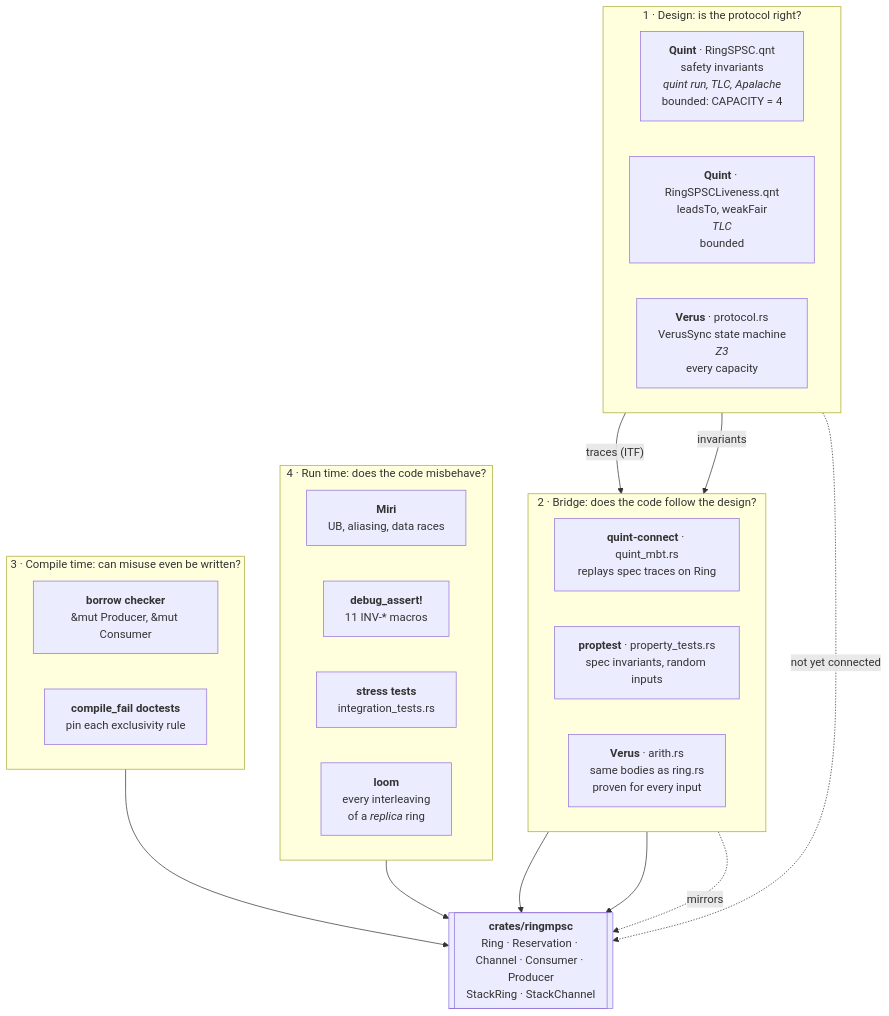
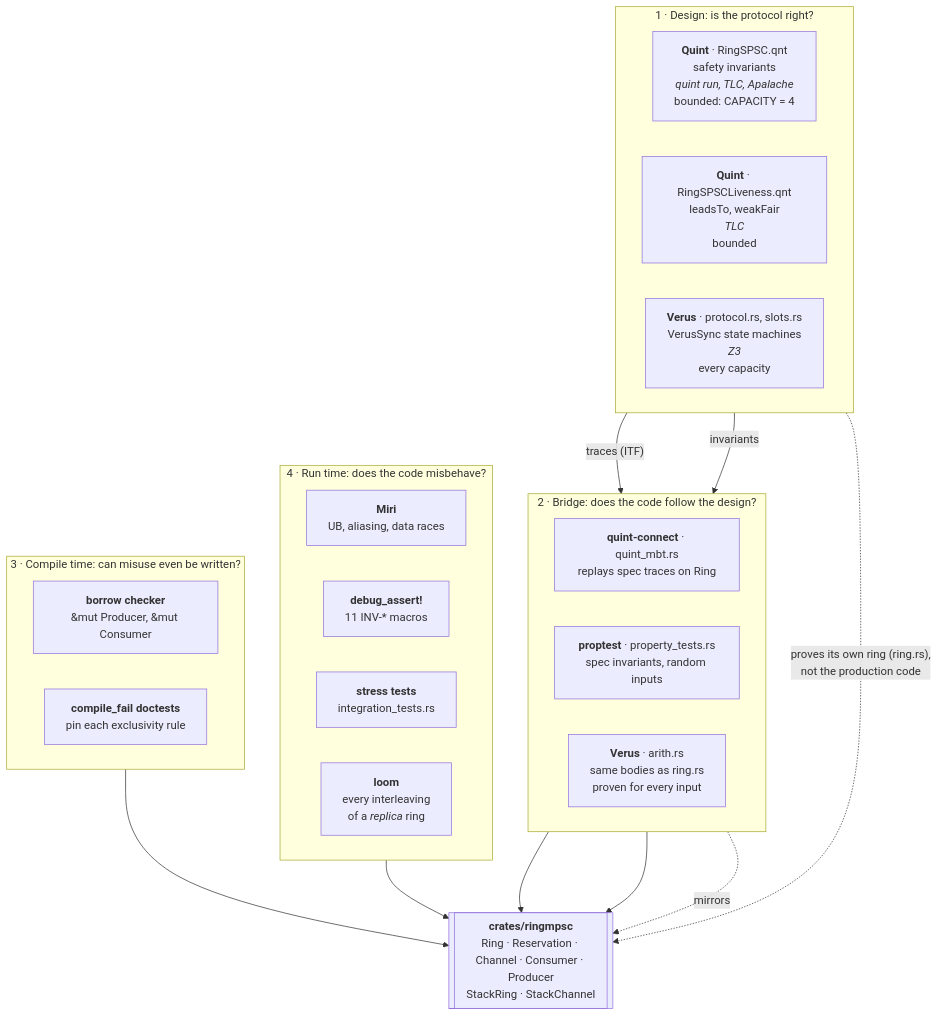
One commit to debasishg/ringmpsc-rs changed the first of 2 diagrams in docs/VERIFICATION_ARCHITECTURE.md. Above: the diagram before and after it, drawn with Mermaid. The commit also changed other lines of this file and 7 other files, not shown here.

````diff
--- a/docs/VERIFICATION_ARCHITECTURE.md
+++ b/docs/VERIFICATION_ARCHITECTURE.md
@@ -9,41 +9,41 @@
 ```mermaid
 flowchart TB
     subgraph DESIGN["1 · Design: is the protocol right?"]
         direction LR
         QS["<b>Quint</b> · RingSPSC.qnt<br/>safety invariants<br/><i>quint run, TLC, Apalache</i><br/>bounded: CAPACITY = 4"]
         QL["<b>Quint</b> · RingSPSCLiveness.qnt<br/>leadsTo, weakFair<br/><i>TLC</i><br/>bounded"]
-        VP["<b>Verus</b> · protocol.rs<br/>VerusSync state machine<br/><i>Z3</i><br/>every capacity"]
+        VP["<b>Verus</b> · protocol.rs, slots.rs<br/>VerusSync state machines<br/><i>Z3</i><br/>every capacity"]
     end
 
     subgraph BRIDGE["2 · Bridge: does the code follow the design?"]
         direction LR
         MBT["<b>quint-connect</b> · quint_mbt.rs<br/>replays spec traces on Ring"]
         PT["<b>proptest</b> · property_tests.rs<br/>spec invariants, random inputs"]
         VA["<b>Verus</b> · arith.rs<br/>same bodies as ring.rs<br/>proven for every input"]
     end
 
     CODE[["<b>crates/ringmpsc</b><br/>Ring · Reservation · Channel · Consumer · Producer<br/>StackRing · StackChannel"]]
 
     subgraph STATIC["3 · Compile time: can misuse even be written?"]
         direction LR
         BC["<b>borrow checker</b><br/>&mut Producer, &mut Consumer"]
         CF["<b>compile_fail doctests</b><br/>pin each exclusivity rule"]
     end
 
     subgraph DYNAMIC["4 · Run time: does the code misbehave?"]
         direction LR
         MIRI["<b>Miri</b><br/>UB, aliasing, data races"]
         DA["<b>debug_assert!</b><br/>11 INV-* macros"]
         ST["<b>stress tests</b><br/>integration_tests.rs"]
         LOOM["<b>loom</b><br/>every interleaving<br/>of a <i>replica</i> ring"]
     end
 
     QS -- "traces (ITF)" --> MBT
     QS -- "invariants" --> PT
     MBT --> CODE
     PT --> CODE
     VA -. "mirrors" .-> CODE
-    VP -. "not yet connected" .-> CODE
+    VP -. "proves its own ring (ring.rs),<br/>not the production code" .-> CODE
     STATIC --> CODE
     DYNAMIC --> CODE
 ```
````
